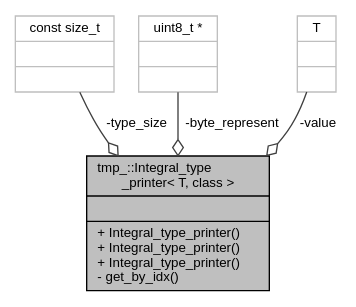
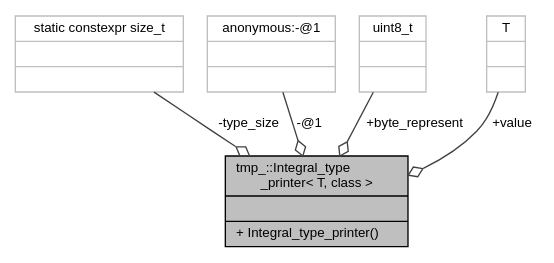
One commit to azbyx/print_ip changed the diagram in classtmp___1_1_integral__type__printer__coll__graph.dot. Above: the diagram before and after it, drawn with Graphviz. The commit also changed 47 other files, not shown here.

```diff
--- a/classtmp___1_1_integral__type__printer__coll__graph.dot
+++ b/classtmp___1_1_integral__type__printer__coll__graph.dot
@@ -1,14 +1,16 @@
 digraph "tmp_::Integral_type_printer&lt; T, class &gt;"
 {
  // INTERACTIVE_SVG=YES
  // LATEX_PDF_SIZE
   edge [fontname="Helvetica",fontsize="10",labelfontname="Helvetica",labelfontsize="10"];
   node [fontname="Helvetica",fontsize="10",shape=record];
-  Node1 [label="{tmp_::Integral_type\l_printer\< T, class \>\n||+ Integral_type_printer()\l+ Integral_type_printer()\l+ Integral_type_printer()\l- get_by_idx()\l}",height=0.2,width=0.4,color="black", fillcolor="grey75", style="filled", fontcolor="black",tooltip=" "];
+  Node1 [label="{tmp_::Integral_type\l_printer\< T, class \>\n||+ Integral_type_printer()\l}",height=0.2,width=0.4,color="black", fillcolor="grey75", style="filled", fontcolor="black",tooltip=" "];
   Node2 -> Node1 [color="grey25",fontsize="10",style="solid",label=" -type_size" ,arrowhead="odiamond",fontname="Helvetica"];
-  Node2 [label="{const size_t\n||}",height=0.2,width=0.4,color="grey75", fillcolor="white", style="filled",tooltip=" "];
-  Node3 -> Node1 [color="grey25",fontsize="10",style="solid",label=" -byte_represent" ,arrowhead="odiamond",fontname="Helvetica"];
-  Node3 [label="{uint8_t *\n||}",height=0.2,width=0.4,color="grey75", fillcolor="white", style="filled",tooltip=" "];
-  Node4 -> Node1 [color="grey25",fontsize="10",style="solid",label=" -value" ,arrowhead="odiamond",fontname="Helvetica"];
-  Node4 [label="{T\n||}",height=0.2,width=0.4,color="grey75", fillcolor="white", style="filled",tooltip=" "];
+  Node2 [label="{static constexpr size_t\n||}",height=0.2,width=0.4,color="grey75", fillcolor="white", style="filled",tooltip=" "];
+  Node3 -> Node1 [color="grey25",fontsize="10",style="solid",label=" -@1" ,arrowhead="odiamond",fontname="Helvetica"];
+  Node3 [label="{anonymous:-@1\n||}",height=0.2,width=0.4,color="grey75", fillcolor="white", style="filled",tooltip=" "];
+  Node4 -> Node1 [color="grey25",fontsize="10",style="solid",label=" +byte_represent" ,arrowhead="odiamond",fontname="Helvetica"];
+  Node4 [label="{uint8_t\n||}",height=0.2,width=0.4,color="grey75", fillcolor="white", style="filled",tooltip=" "];
+  Node5 -> Node1 [color="grey25",fontsize="10",style="solid",label=" +value" ,arrowhead="odiamond",fontname="Helvetica"];
+  Node5 [label="{T\n||}",height=0.2,width=0.4,color="grey75", fillcolor="white", style="filled",tooltip=" "];
 }
```
